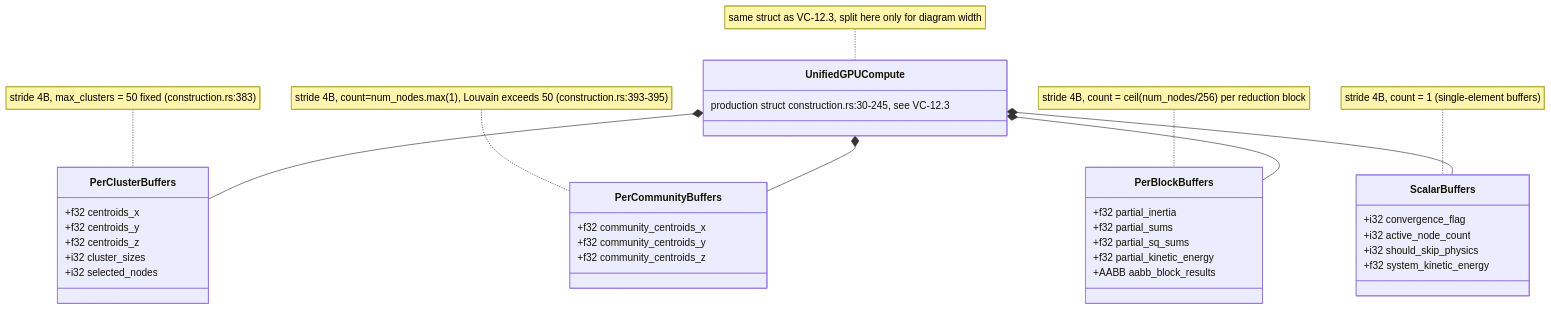
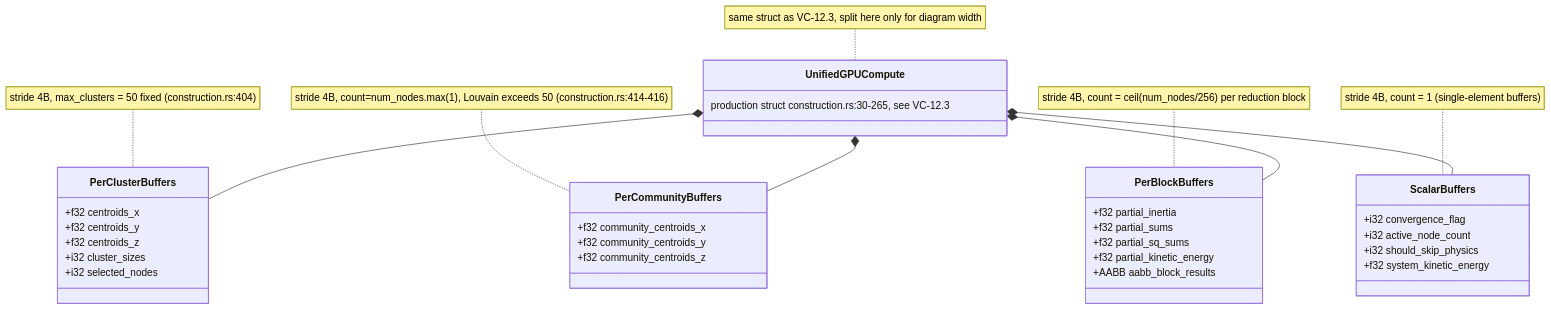
The fourth of 7 diagrams in docs/diagrams/visionclaw/12-simparams-abi-and-ptx.md (DreamLab-AI/VisionFlow), drawn with Mermaid before and after one commit. The commit also changed other lines of this file and 173 other files, not shown here.

````diff
--- a/docs/diagrams/visionclaw/12-simparams-abi-and-ptx.md
+++ b/docs/diagrams/visionclaw/12-simparams-abi-and-ptx.md
@@ -249,41 +251,41 @@
 ```mermaid
 classDiagram
     class PerClusterBuffers {
         +f32 centroids_x
         +f32 centroids_y
         +f32 centroids_z
         +i32 cluster_sizes
         +i32 selected_nodes
     }
     class PerCommunityBuffers {
         +f32 community_centroids_x
         +f32 community_centroids_y
         +f32 community_centroids_z
     }
     class PerBlockBuffers {
         +f32 partial_inertia
         +f32 partial_sums
         +f32 partial_sq_sums
         +f32 partial_kinetic_energy
         +AABB aabb_block_results
     }
     class ScalarBuffers {
         +i32 convergence_flag
         +i32 active_node_count
         +i32 should_skip_physics
         +f32 system_kinetic_energy
     }
     class UnifiedGPUCompute {
-        production struct construction.rs:30-245, see VC-12.3
+        production struct construction.rs:30-265, see VC-12.3
     }
     UnifiedGPUCompute *-- PerClusterBuffers
     UnifiedGPUCompute *-- PerCommunityBuffers
     UnifiedGPUCompute *-- PerBlockBuffers
     UnifiedGPUCompute *-- ScalarBuffers
 
-    note for PerClusterBuffers "stride 4B, max_clusters = 50 fixed (construction.rs:383)"
-    note for PerCommunityBuffers "stride 4B, count=num_nodes.max(1), Louvain exceeds 50 (construction.rs:393-395)"
+    note for PerClusterBuffers "stride 4B, max_clusters = 50 fixed (construction.rs:404)"
+    note for PerCommunityBuffers "stride 4B, count=num_nodes.max(1), Louvain exceeds 50 (construction.rs:414-416)"
     note for PerBlockBuffers "stride 4B, count = ceil(num_nodes/256) per reduction block"
     note for ScalarBuffers "stride 4B, count = 1 (single-element buffers)"
     note for UnifiedGPUCompute "same struct as VC-12.3, split here only for diagram width"
 ```
````
